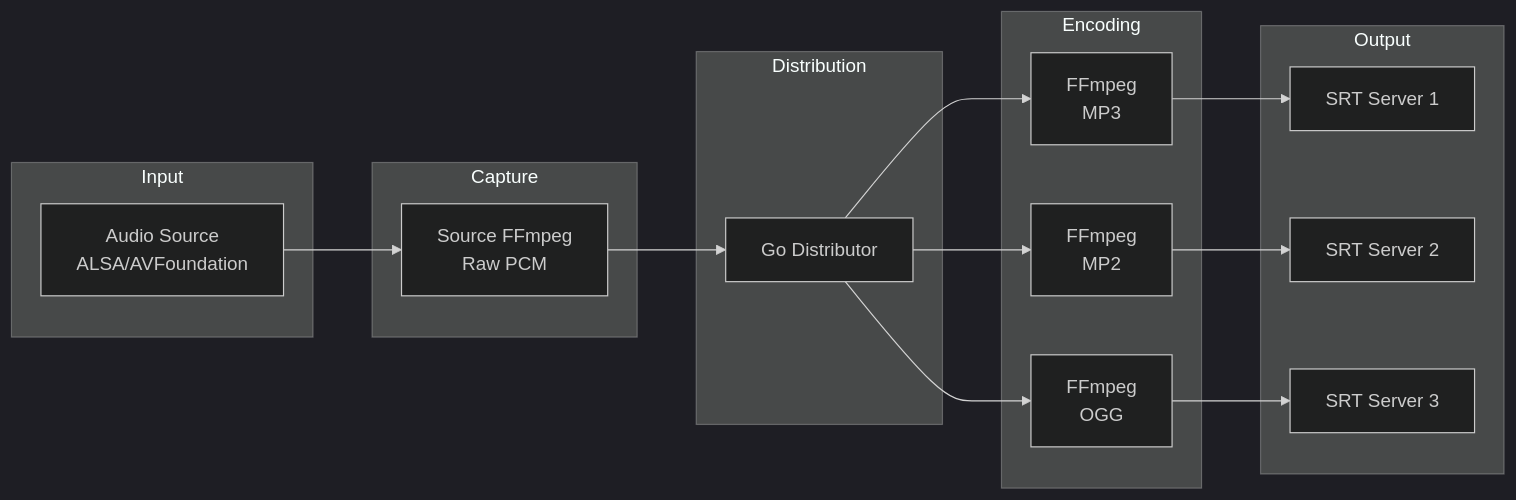
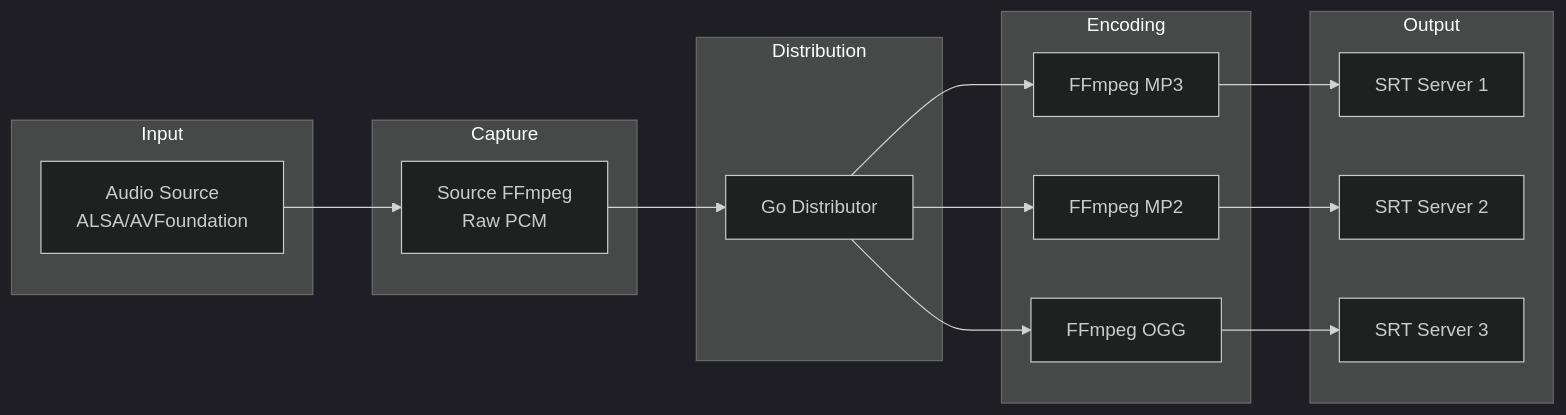
Before and after one commit to oszuidwest/rpi-audio-encoder: the diagram in README.md, drawn with Mermaid (dark theme).

Commit message:
docs: fix line breaks in Mermaid diagram

````diff
--- a/README.md
+++ b/README.md
@@ -82,31 +82,31 @@
 ```mermaid
 flowchart LR
     subgraph Input
-        A[Audio Source\nALSA/AVFoundation]
+        A[Audio Source<br>ALSA/AVFoundation]
     end
 
     subgraph Capture
-        B[Source FFmpeg\nRaw PCM]
+        B[Source FFmpeg<br>Raw PCM]
     end
 
     subgraph Distribution
         C[Go Distributor]
     end
 
     subgraph Encoding
-        D1[FFmpeg\nMP3]
-        D2[FFmpeg\nMP2]
-        D3[FFmpeg\nOGG]
+        D1[FFmpeg MP3]
+        D2[FFmpeg MP2]
+        D3[FFmpeg OGG]
     end
 
     subgraph Output
         E1[SRT Server 1]
         E2[SRT Server 2]
         E3[SRT Server 3]
     end
 
     A --> B --> C
     C --> D1 --> E1
     C --> D2 --> E2
     C --> D3 --> E3
 ```
````
